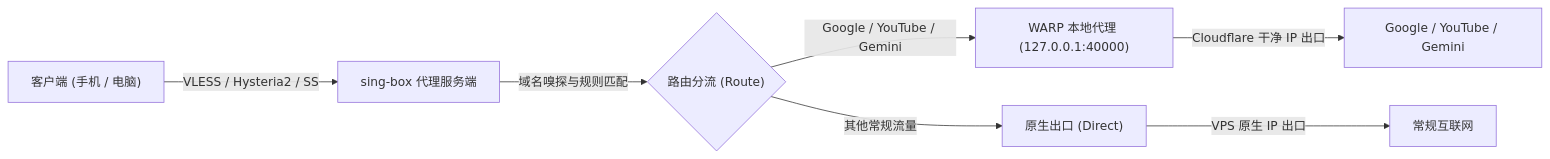
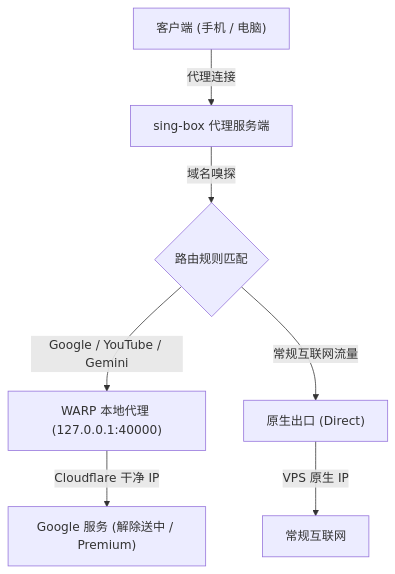
The diagram in README.md (cfm019/warp2google), drawn with Mermaid before and after one commit.

````diff
--- a/README.md
+++ b/README.md
@@ -14,12 +14,13 @@
 ```mermaid
-flowchart LR
-    Client["客户端 (手机 / 电脑)"] -->|"VLESS / Hysteria2 / SS"| Singbox["sing-box 代理服务端"]
+flowchart TD
+    Client["客户端 (手机 / 电脑)"]
+    Client -->|"代理连接"| Singbox["sing-box 代理服务端"]
     
-    Singbox -->|"域名嗅探与规则匹配"| Router{"路由分流 (Route)"}
+    Singbox -->|"域名嗅探"| Router{"路由规则匹配"}
     
     Router -->|"Google / YouTube / Gemini"| Warp["WARP 本地代理 (127.0.0.1:40000)"]
-    Router -->|"其他常规流量"| Direct["原生出口 (Direct)"]
+    Router -->|"常规互联网流量"| Direct["原生出口 (Direct)"]
     
-    Warp -->|"Cloudflare 干净 IP 出口"| TargetGoogle["Google / YouTube / Gemini"]
-    Direct -->|"VPS 原生 IP 出口"| TargetWeb["常规互联网"]
+    Warp -->|"Cloudflare 干净 IP"| TargetGoogle["Google 服务 (解除送中 / Premium)"]
+    Direct -->|"VPS 原生 IP"| TargetWeb["常规互联网"]
 ```
````
